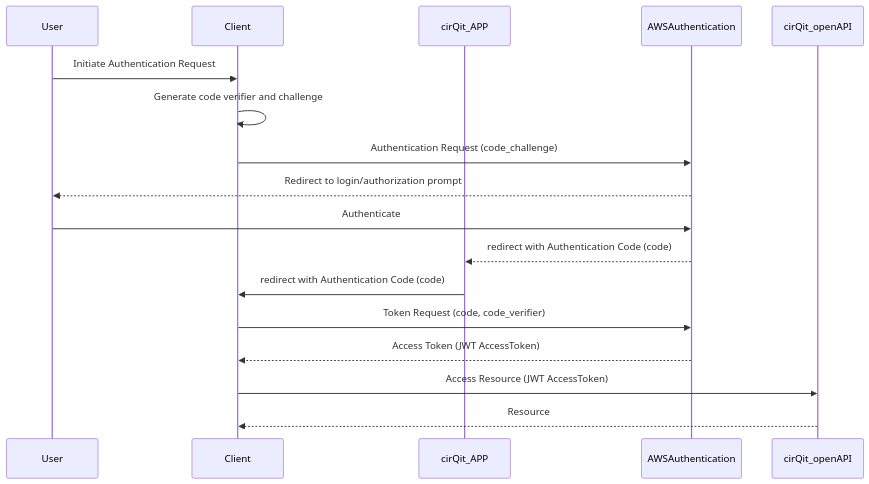
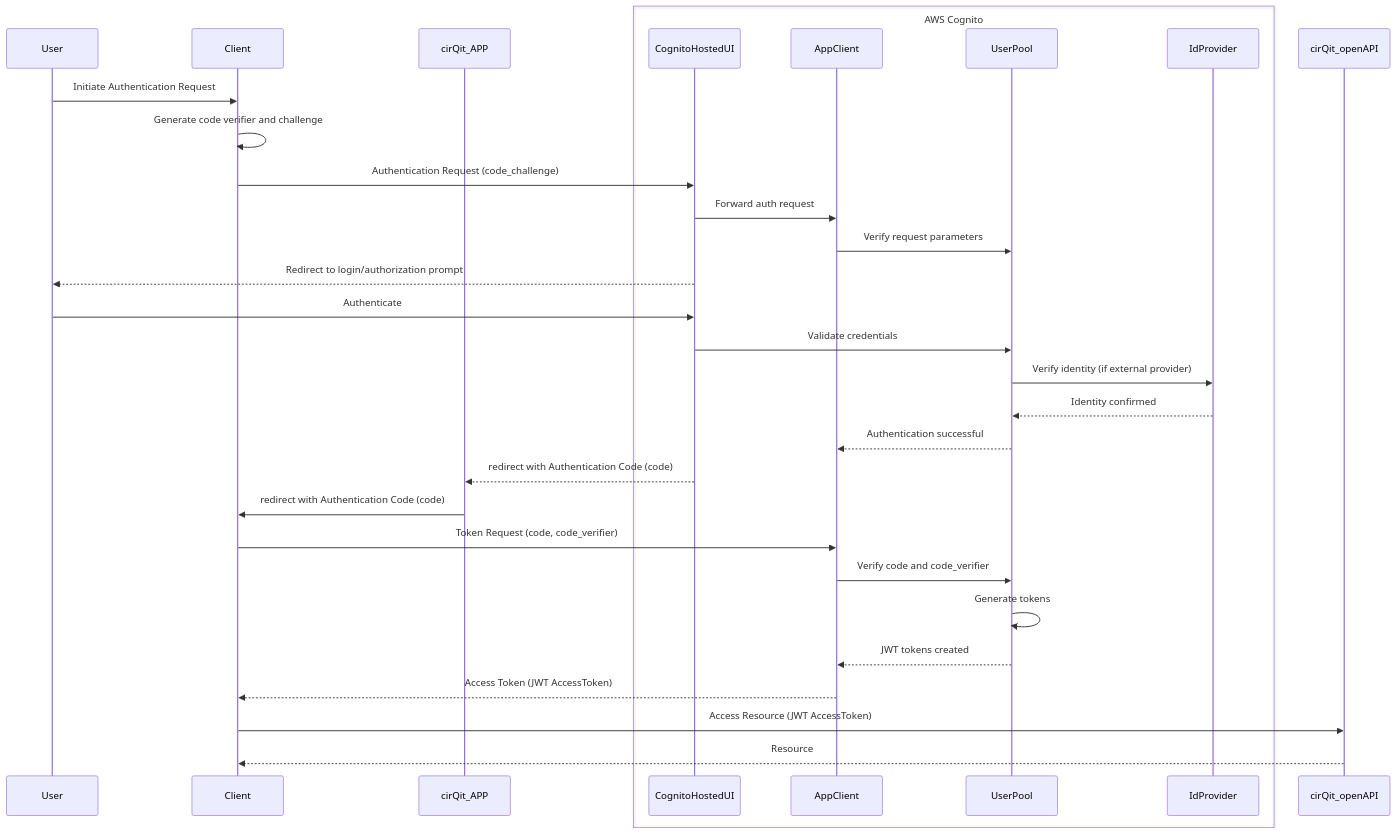
Before and after one commit to the-cirqit-editor/cirqit-openAPI: the diagram in example/pkce-authentication-flow/README.md, drawn with Mermaid. The commit also changed 6 other files, not shown here.

Commit message:
CIR-590 document all authentication flows with mermaid

````diff
--- a/example/pkce-authentication-flow/README.md
+++ b/example/pkce-authentication-flow/README.md
@@ -7,21 +7,35 @@
 ``` mermaid
 sequenceDiagram
     participant User
     participant Client
     participant cirQit_APP
-    participant AWSAuthentication
+    box AWS Cognito
+        participant CognitoHostedUI
+        participant AppClient
+        participant UserPool
+        participant IdProvider
+    end
     participant cirQit_openAPI
 
     User->>Client: Initiate Authentication Request
     Client->>Client: Generate code verifier and challenge
-    Client->>AWSAuthentication: Authentication Request (code_challenge)
-    AWSAuthentication-->>User: Redirect to login/authorization prompt
-    User->>AWSAuthentication: Authenticate
-    AWSAuthentication-->>cirQit_APP: redirect with Authentication Code (code)
+    Client->>CognitoHostedUI: Authentication Request (code_challenge)
+    CognitoHostedUI->>AppClient: Forward auth request
+    AppClient->>UserPool: Verify request parameters
+    CognitoHostedUI-->>User: Redirect to login/authorization prompt
+    User->>CognitoHostedUI: Authenticate
+    CognitoHostedUI->>UserPool: Validate credentials
+    UserPool->>IdProvider: Verify identity (if external provider)
+    IdProvider-->>UserPool: Identity confirmed
+    UserPool-->>AppClient: Authentication successful
+    CognitoHostedUI-->>cirQit_APP: redirect with Authentication Code (code)
     cirQit_APP->>Client: redirect with Authentication Code (code)
-    Client ->>AWSAuthentication: Token Request (code, code_verifier)
-    AWSAuthentication-->>Client: Access Token (JWT AccessToken)
+    Client->>AppClient: Token Request (code, code_verifier)
+    AppClient->>UserPool: Verify code and code_verifier
+    UserPool->>UserPool: Generate tokens
+    UserPool-->>AppClient: JWT tokens created
+    AppClient-->>Client: Access Token (JWT AccessToken)
     Client->>cirQit_openAPI: Access Resource (JWT AccessToken)
     cirQit_openAPI-->>Client: Resource
 
 ```
````
